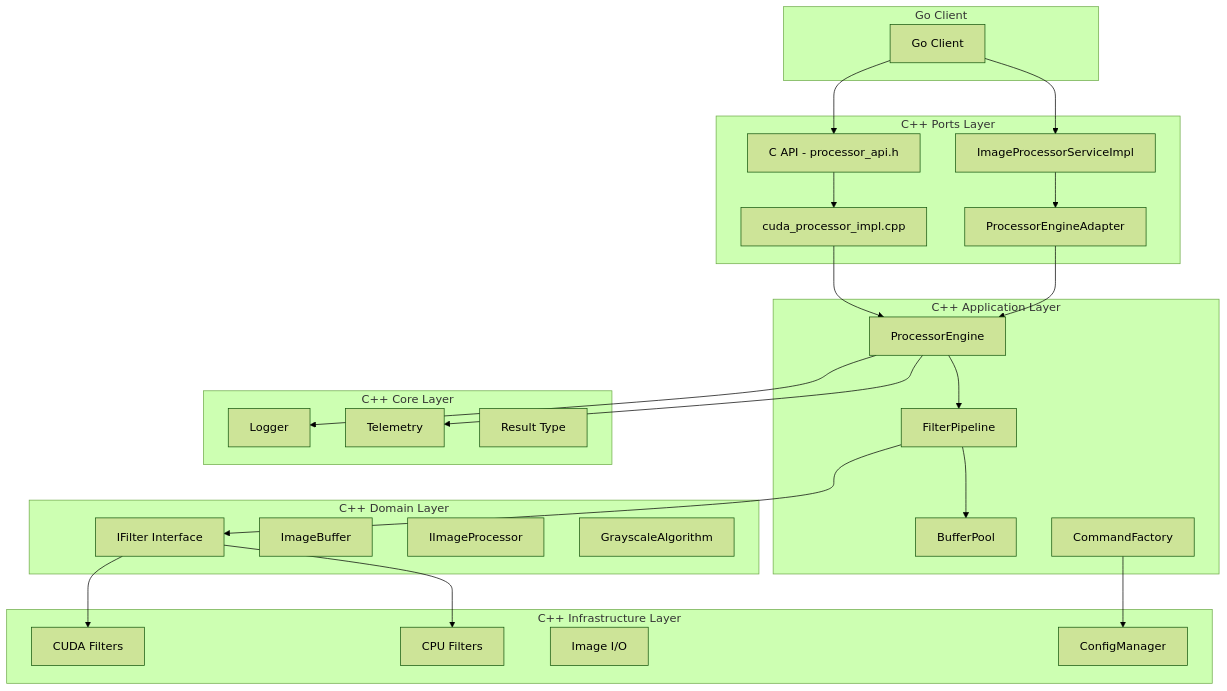
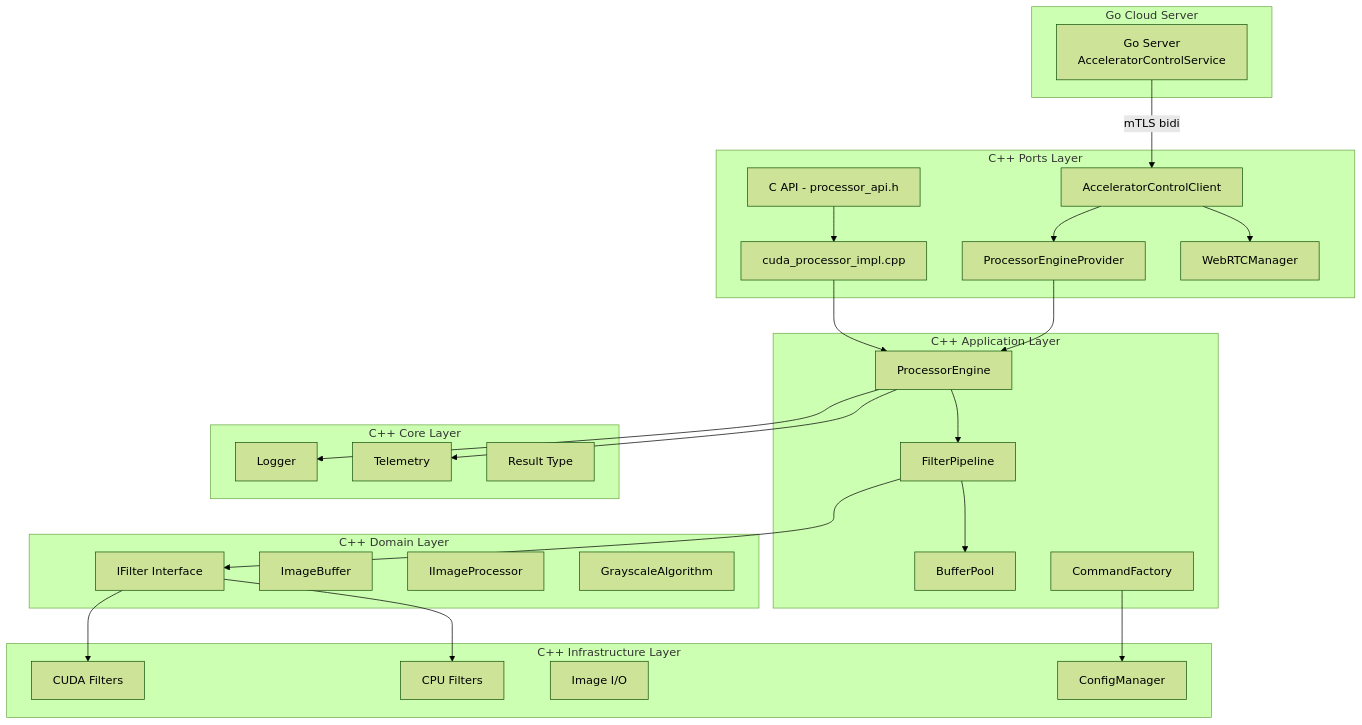
Before and after one commit to josnelihurt/learning-cuda: the second of 6 diagrams in src/cpp_accelerator/README.md, drawn with Mermaid (forest theme). The commit also changed other lines of this file and 2 other files, not shown here.

Commit message:
docs: documentation update for the new communication schema

````diff
--- a/src/cpp_accelerator/README.md
+++ b/src/cpp_accelerator/README.md
@@ -87,55 +89,57 @@
 ```mermaid
 graph TB
-    subgraph "Go Client"
-        GoClient[Go Client]
+    subgraph "Go Cloud Server"
+        GoServer[Go Server<br/>AcceleratorControlService]
     end
     
     subgraph "C++ Ports Layer"
         CAPI[C API - processor_api.h]
         SharedLib[cuda_processor_impl.cpp]
-        GRPCService[ImageProcessorServiceImpl]
-        EngineAdapter[ProcessorEngineAdapter]
+        AccelClient[AcceleratorControlClient]
+        Provider[ProcessorEngineProvider]
+        WebRTCPort[WebRTCManager]
     end
     
     subgraph "C++ Application Layer"
         ProcessorEngine[ProcessorEngine]
         FilterPipeline[FilterPipeline]
         BufferPool[BufferPool]
         CommandFactory[CommandFactory]
     end
     
     subgraph "C++ Domain Layer"
         IFilter[IFilter Interface]
         ImageBuffer[ImageBuffer]
         IImageProcessor[IImageProcessor]
         GrayscaleAlgorithm[GrayscaleAlgorithm]
     end
     
     subgraph "C++ Infrastructure Layer"
         CudaFilters[CUDA Filters]
         CpuFilters[CPU Filters]
         ImageIO[Image I/O]
         ConfigManager[ConfigManager]
     end
     
     subgraph "C++ Core Layer"
         Logger[Logger]
         Telemetry[Telemetry]
         Result[Result Type]
     end
     
-    GoClient --> CAPI
-    GoClient --> GRPCService
+    GoServer -->|mTLS bidi| AccelClient
+    AccelClient --> Provider
+    Provider --> ProcessorEngine
+    AccelClient --> WebRTCPort
+    
     CAPI --> SharedLib
     SharedLib --> ProcessorEngine
-    GRPCService --> EngineAdapter
-    EngineAdapter --> ProcessorEngine
     ProcessorEngine --> FilterPipeline
     FilterPipeline --> BufferPool
     FilterPipeline --> IFilter
     IFilter --> CudaFilters
     IFilter --> CpuFilters
     CommandFactory --> ConfigManager
     ProcessorEngine --> Logger
     ProcessorEngine --> Telemetry
 ```
````
